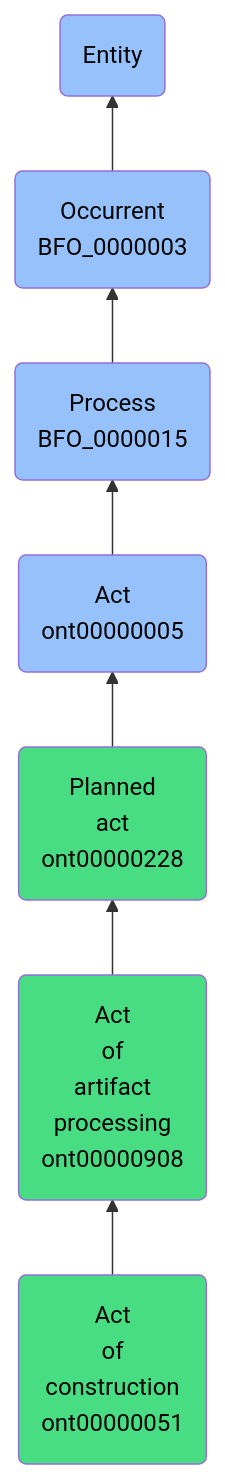
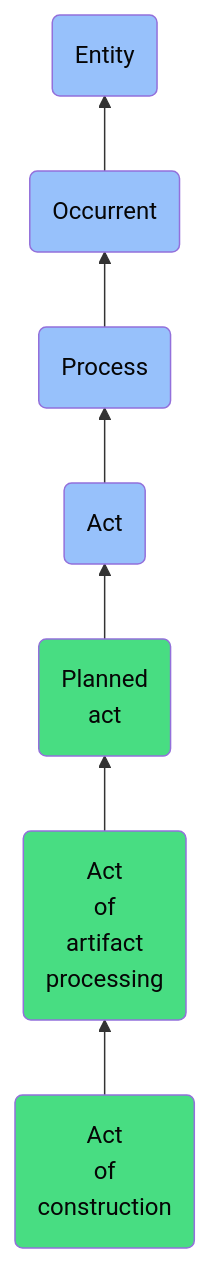
Before and after one commit to jupyter-naas/abi: the diagram in docs/ontology/reference/model/Entity/Occurrent/Process/Act/Planned act/Act of artifact processing/Act of construction/Act of construction.md, drawn with Mermaid. The commit also changed other lines of this file and 1430 other files, not shown here.

````diff
--- a/docs/ontology/reference/model/Entity/Occurrent/Process/Act/Planned act/Act of artifact processing/Act of construction/Act of construction.md
+++ b/docs/ontology/reference/model/Entity/Occurrent/Process/Act/Planned act/Act of artifact processing/Act of construction/Act of construction.md
@@ -24,14 +24,14 @@
 ```mermaid
 graph BT
-    ont00000051(Act<br>of<br>construction<br>ont00000051):::ABI-->ont00000908
-    ont00000908(Act<br>of<br>artifact<br>processing<br>ont00000908):::ABI-->ont00000228
-    ont00000228(Planned<br>act<br>ont00000228):::ABI-->ont00000005
-    ont00000005(Act<br>ont00000005):::BFO-->BFO_0000015
-    BFO_0000015(Process<br>BFO_0000015):::BFO-->BFO_0000003
-    BFO_0000003(Occurrent<br>BFO_0000003):::BFO-->BFO_0000001
+    ont00000051(Act<br>of<br>construction):::ABI-->ont00000908
+    ont00000908(Act<br>of<br>artifact<br>processing):::ABI-->ont00000228
+    ont00000228(Planned<br>act):::ABI-->ont00000005
+    ont00000005(Act):::BFO-->BFO_0000015
+    BFO_0000015(Process):::BFO-->BFO_0000003
+    BFO_0000003(Occurrent):::BFO-->BFO_0000001
     BFO_0000001(Entity):::BFO
     
     classDef BFO fill:#97c1fb,color:#060606
     classDef CCO fill:#e4c51e,color:#060606
     classDef ABI fill:#48DD82,color:#060606
 ```
````
